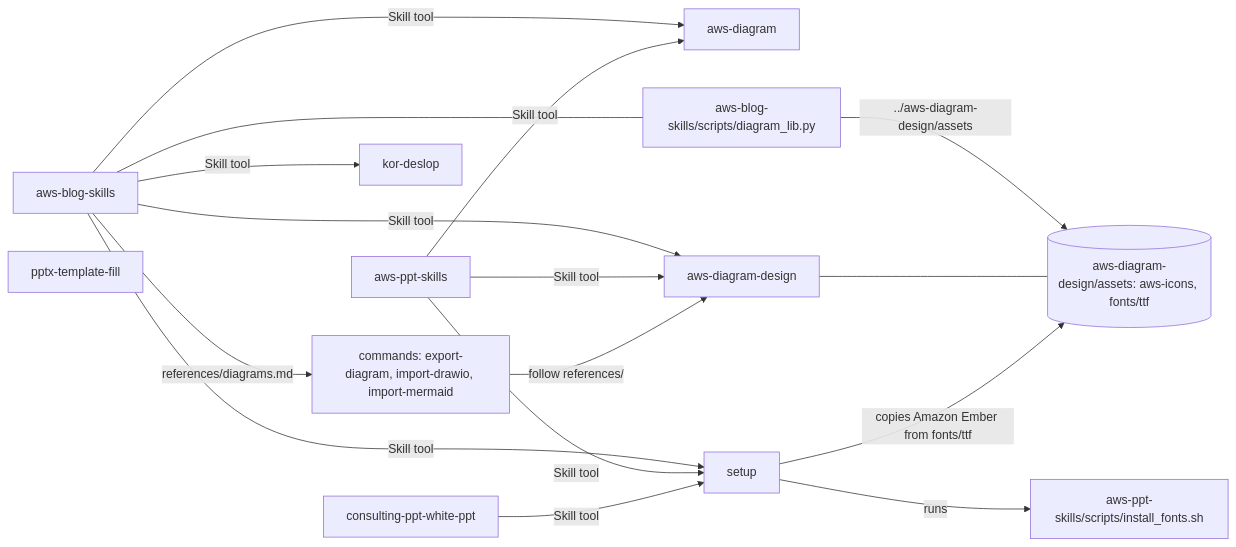
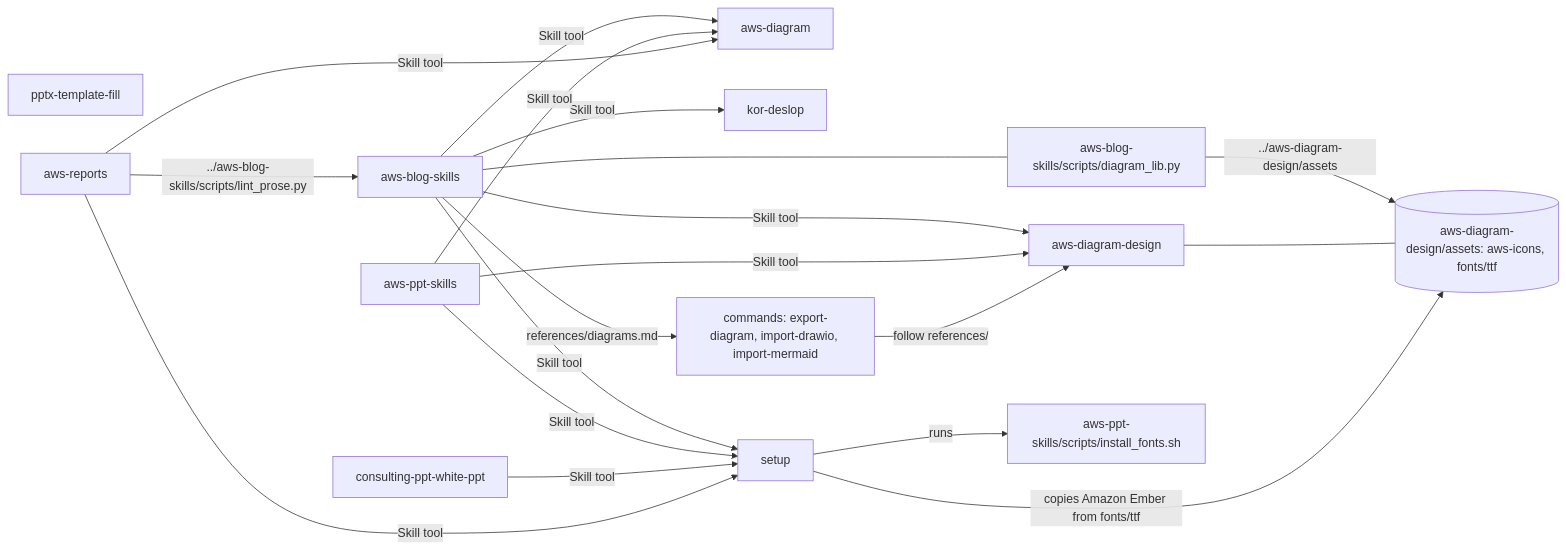
The first of 4 diagrams in docs/architecture.md (whchoi98/my-plugins), drawn with Mermaid before and after one commit. The commit also changed other lines of this file and 53 other files, not shown here.

First line of the commit message:
feat: add aws-reports skill for benchmark and PoC reports as Word + HTML

````diff
--- a/docs/architecture.md
+++ b/docs/architecture.md
@@ -71,31 +74,35 @@
 ```mermaid
 flowchart LR
     BLOG["aws-blog-skills"]
     PPT["aws-ppt-skills"]
     CONS["consulting-ppt-white-ppt"]
     FILL["pptx-template-fill"]
     DIAG["aws-diagram"]
     DD["aws-diagram-design"]
     DESLOP["kor-deslop"]
     SETUP["setup"]
+    REPORTS["aws-reports"]
     CMDS["commands: export-diagram, import-drawio, import-mermaid"]
     LIB["aws-blog-skills/scripts/diagram_lib.py"]
     ASSETS[("aws-diagram-design/assets: aws-icons, fonts/ttf")]
     DFONTS["aws-ppt-skills/scripts/install_fonts.sh"]
 
     BLOG -->|Skill tool| DIAG
     BLOG -->|Skill tool| DD
     BLOG -->|Skill tool| DESLOP
     BLOG -->|Skill tool| SETUP
     BLOG -->|references/diagrams.md| CMDS
     PPT -->|Skill tool| DIAG
     PPT -->|Skill tool| DD
     PPT -->|Skill tool| SETUP
     CONS -->|Skill tool| SETUP
+    REPORTS -->|Skill tool| DIAG
+    REPORTS -->|Skill tool| SETUP
+    REPORTS -->|"../aws-blog-skills/scripts/lint_prose.py"| BLOG
     CMDS -->|follow references/| DD
     BLOG --- LIB
     LIB -->|"../aws-diagram-design/assets"| ASSETS
     DD --- ASSETS
     SETUP -->|"copies Amazon Ember from fonts/ttf"| ASSETS
     SETUP -->|runs| DFONTS
 ```
````
